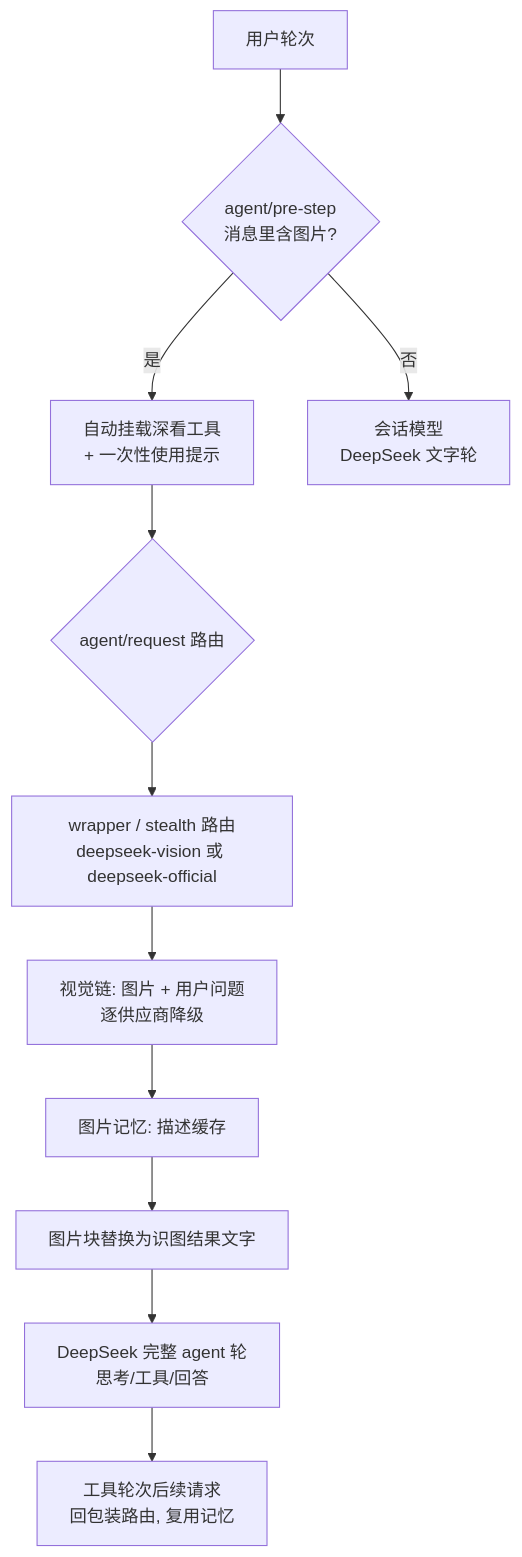
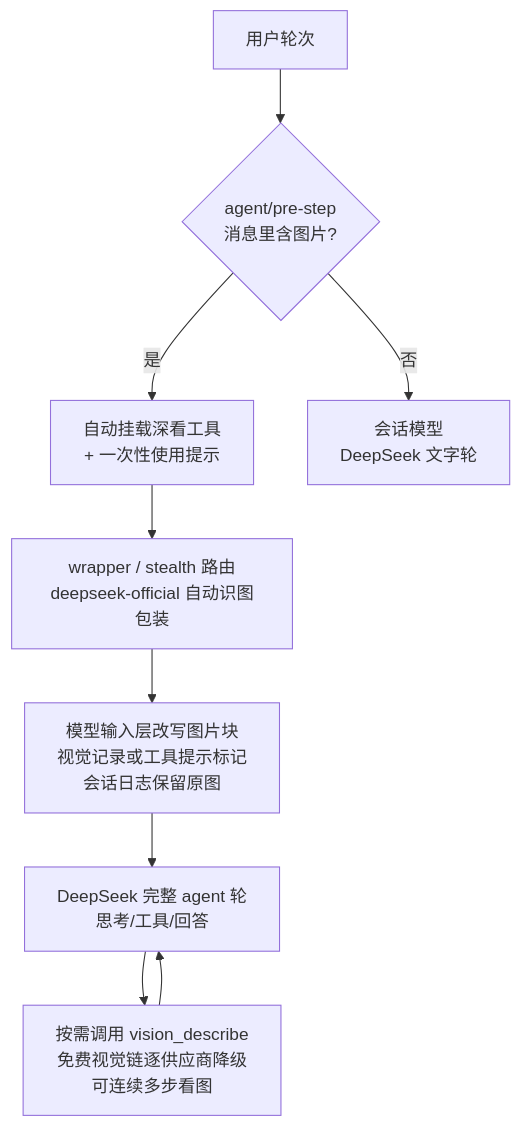
The diagram in README.md (LeonisK/dsh-vision-router), drawn with Mermaid before and after one commit. The commit also changed other lines of this file and 2 other files, not shown here.

````diff
--- a/README.md
+++ b/README.md
@@ -150,13 +150,11 @@
 ```mermaid
 flowchart TD
     U[用户轮次] --> PS{agent/pre-step<br/>消息里含图片?}
     PS -- 是 --> AUTO[自动挂载深看工具<br/>+ 一次性使用提示]
     PS -- 否 --> TEXT[会话模型<br/>DeepSeek 文字轮]
-    AUTO --> R{agent/request 路由}
-    R --> W[wrapper / stealth 路由<br/>deepseek-vision 或 deepseek-official]
-    W --> DES[视觉链: 图片 + 用户问题<br/>逐供应商降级]
-    DES --> MEM[图片记忆: 描述缓存]
-    MEM --> SUB[图片块替换为识图结果文字]
-    SUB --> DS[DeepSeek 完整 agent 轮<br/>思考/工具/回答]
-    DS --> T2[工具轮次后续请求<br/>回包装路由, 复用记忆]
+    AUTO --> WRAP[wrapper / stealth 路由<br/>deepseek-official 自动识图包装]
+    WRAP --> MARK[模型输入层改写图片块<br/>视觉记录或工具提示标记<br/>会话日志保留原图]
+    MARK --> DS[DeepSeek 完整 agent 轮<br/>思考/工具/回答]
+    DS --> TOOL[按需调用 vision_describe<br/>免费视觉链逐供应商降级<br/>可连续多步看图]
+    TOOL --> DS
 ```
````
